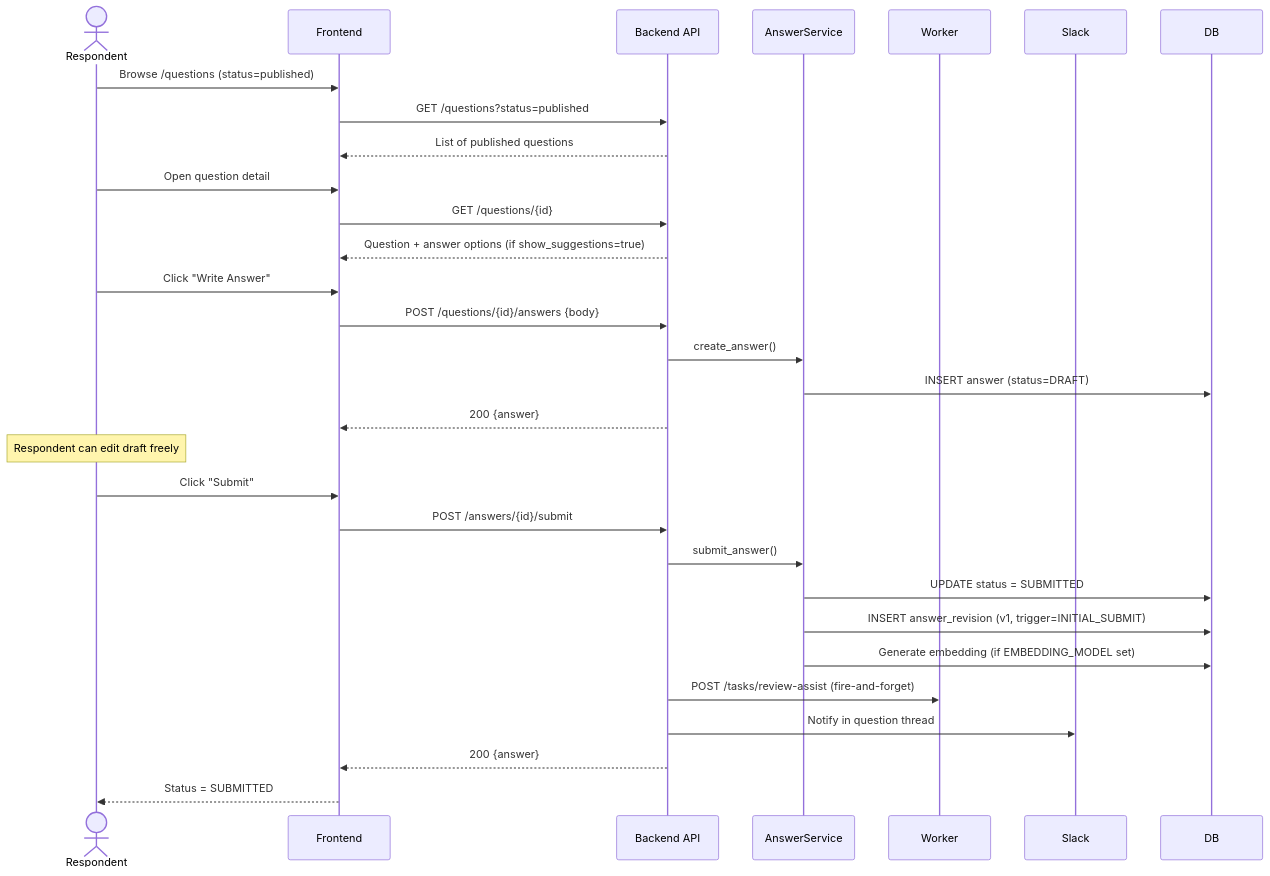
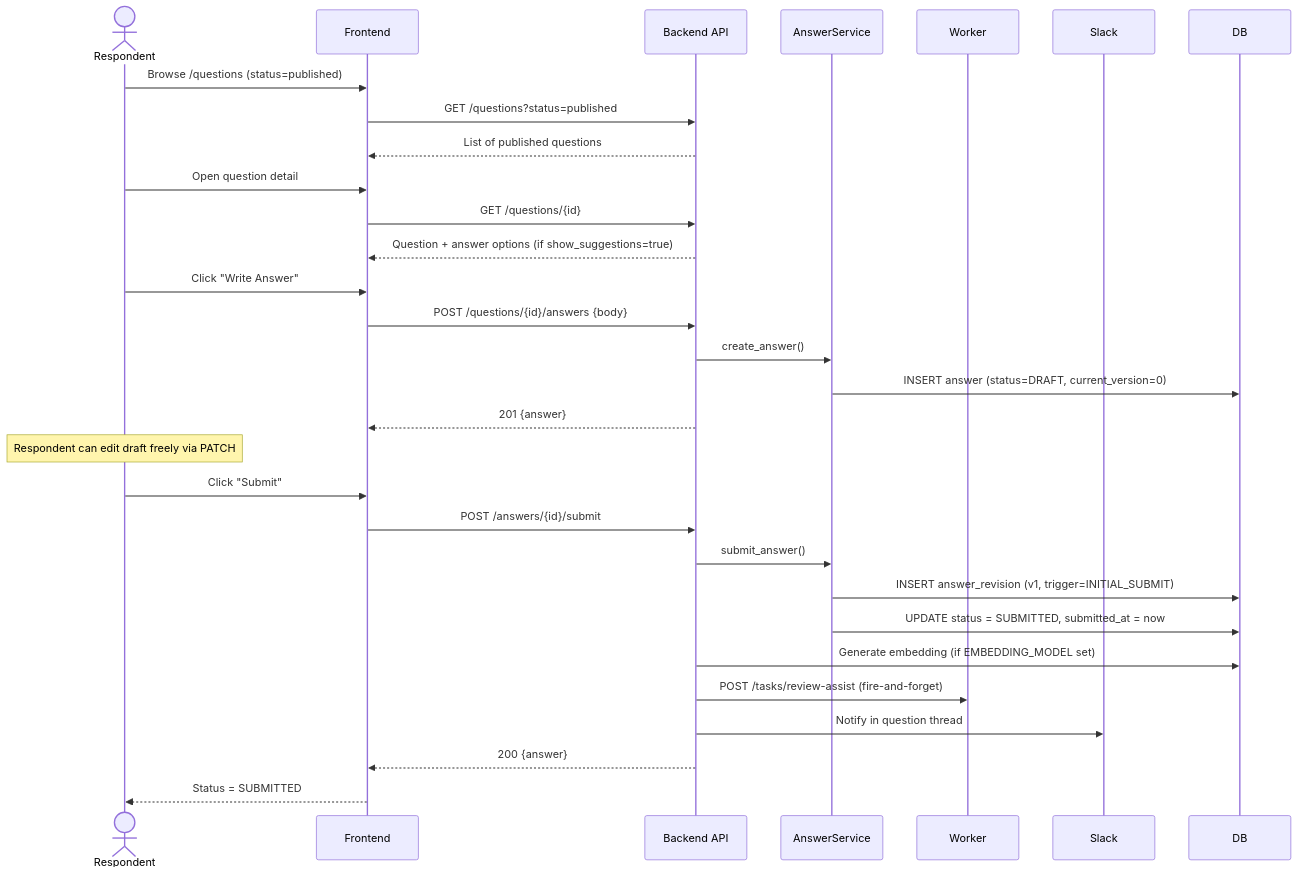
One commit to keytech42/tacit-knowledge-elicitation changed the fifth of 17 diagrams in docs/sequence-diagrams.md. Above: the diagram before and after it, drawn with Mermaid. The commit also changed other lines of this file, not shown here.

First line of the commit message:
Fix sequence diagram inaccuracies and add state machine notes

````diff
--- a/docs/sequence-diagrams.md
+++ b/docs/sequence-diagrams.md
@@ -161,37 +164,37 @@
 ```mermaid
 sequenceDiagram
     actor Respondent
     participant Frontend
     participant Backend as Backend API
     participant AService as AnswerService
     participant Worker
     participant Slack
     participant DB
 
     Respondent->>Frontend: Browse /questions (status=published)
     Frontend->>Backend: GET /questions?status=published
     Backend-->>Frontend: List of published questions
 
     Respondent->>Frontend: Open question detail
     Frontend->>Backend: GET /questions/{id}
     Backend-->>Frontend: Question + answer options (if show_suggestions=true)
 
     Respondent->>Frontend: Click "Write Answer"
     Frontend->>Backend: POST /questions/{id}/answers {body}
     Backend->>AService: create_answer()
-    AService->>DB: INSERT answer (status=DRAFT)
-    Backend-->>Frontend: 200 {answer}
+    AService->>DB: INSERT answer (status=DRAFT, current_version=0)
+    Backend-->>Frontend: 201 {answer}
 
-    Note over Respondent: Respondent can edit draft freely
+    Note over Respondent: Respondent can edit draft freely via PATCH
 
     Respondent->>Frontend: Click "Submit"
     Frontend->>Backend: POST /answers/{id}/submit
     Backend->>AService: submit_answer()
-    AService->>DB: UPDATE status = SUBMITTED
     AService->>DB: INSERT answer_revision (v1, trigger=INITIAL_SUBMIT)
-    AService->>DB: Generate embedding (if EMBEDDING_MODEL set)
+    AService->>DB: UPDATE status = SUBMITTED, submitted_at = now
+    Backend->>DB: Generate embedding (if EMBEDDING_MODEL set)
     Backend->>Worker: POST /tasks/review-assist (fire-and-forget)
     Backend->>Slack: Notify in question thread
     Backend-->>Frontend: 200 {answer}
     Frontend-->>Respondent: Status = SUBMITTED
 ```
````
